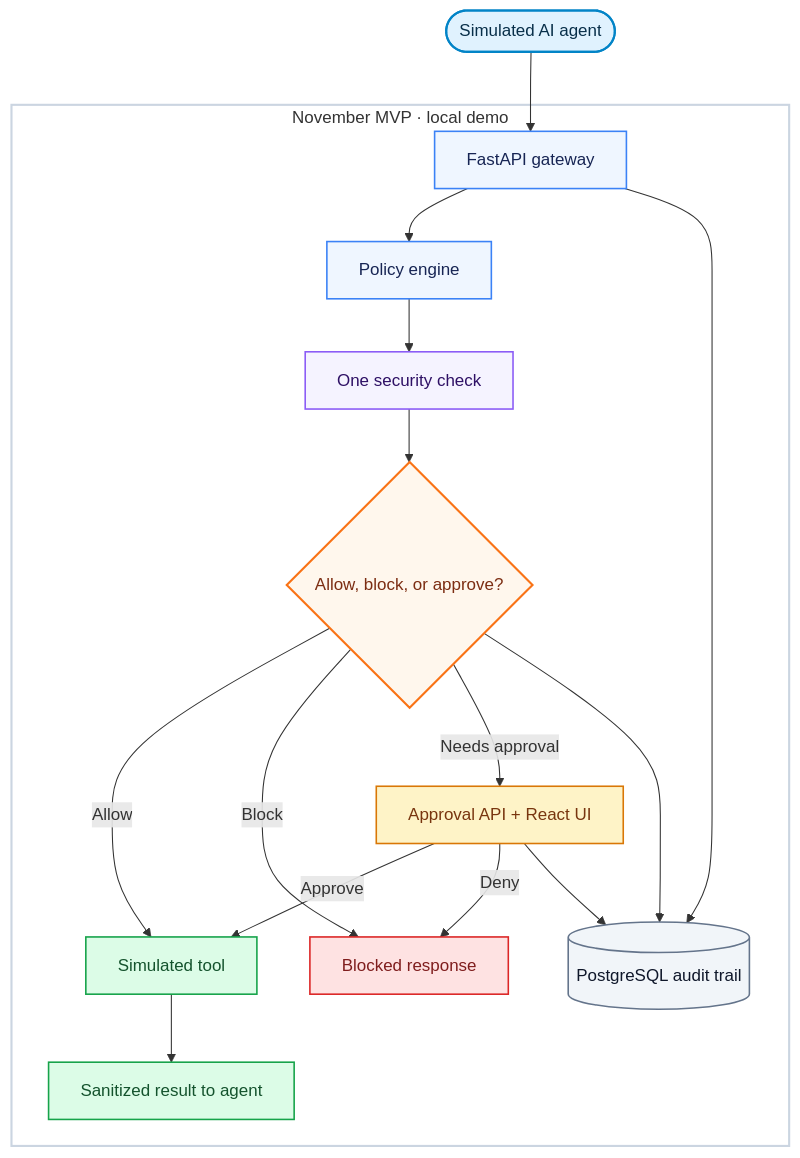
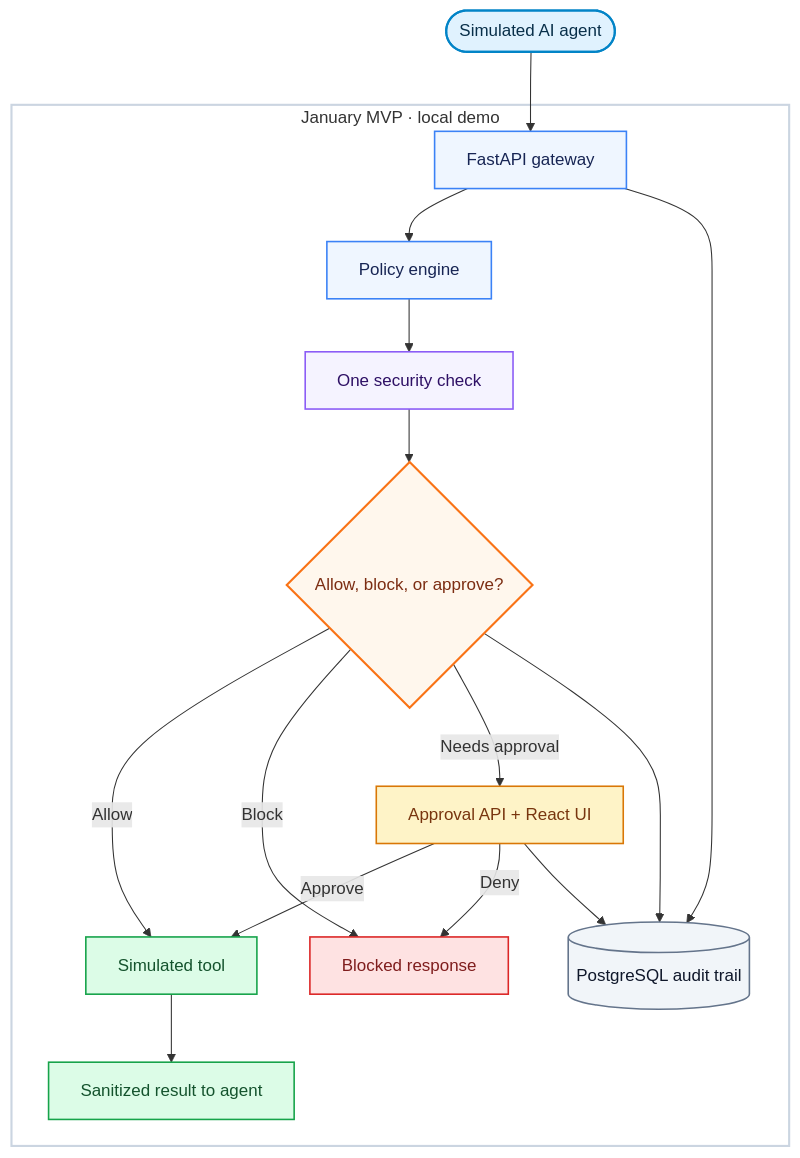
One commit to DSC-McMaster-U/agent-guard changed the first of 2 diagrams in README.md. Above: the diagram before and after it, drawn with Mermaid. The commit also changed other lines of this file and 1 other file, not shown here.

Commit message:
docs: move AgentGuard MVP target to January (#42)

````diff
--- a/README.md
+++ b/README.md
@@ -68,33 +68,33 @@
 ```mermaid
 flowchart TB
     agent(["Simulated AI agent"]):::actor
 
-    subgraph mvp["November MVP · local demo"]
+    subgraph mvp["January MVP · local demo"]
         gateway["FastAPI gateway"]:::service --> policy["Policy engine"]:::service
         policy --> detector["One security check"]:::security
         detector --> decision{"Allow, block, or approve?"}:::decision
 
         decision -->|Allow| tool["Simulated tool"]:::success
         decision -->|Block| blocked["Blocked response"]:::blocked
         decision -->|Needs approval| approval["Approval API + React UI"]:::review
         approval -->|Approve| tool
         approval -->|Deny| blocked
 
         tool --> result["Sanitized result to agent"]:::success
         gateway --> audit[("PostgreSQL audit trail")]:::data
         decision --> audit
         approval --> audit
     end
 
     agent --> gateway
 
     classDef actor fill:#e0f2fe,stroke:#0284c7,color:#082f49,stroke-width:2px
     classDef service fill:#eff6ff,stroke:#3b82f6,color:#172554,stroke-width:1.5px
     classDef security fill:#f5f3ff,stroke:#8b5cf6,color:#2e1065,stroke-width:1.5px
     classDef decision fill:#fff7ed,stroke:#f97316,color:#7c2d12,stroke-width:2px
     classDef review fill:#fef3c7,stroke:#d97706,color:#78350f,stroke-width:1.5px
     classDef success fill:#dcfce7,stroke:#16a34a,color:#14532d,stroke-width:1.5px
     classDef blocked fill:#fee2e2,stroke:#dc2626,color:#7f1d1d,stroke-width:1.5px
     classDef data fill:#f1f5f9,stroke:#64748b,color:#0f172a,stroke-width:1.5px
     style mvp fill:#ffffff,stroke:#cbd5e1,stroke-width:2px
 ```
````
